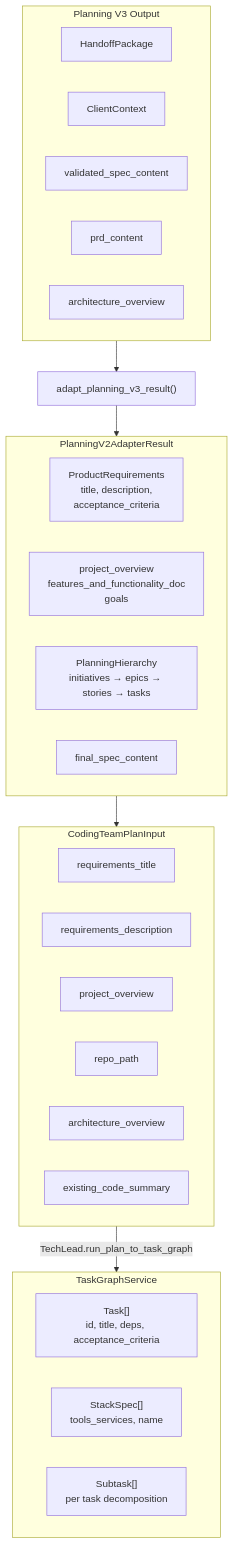
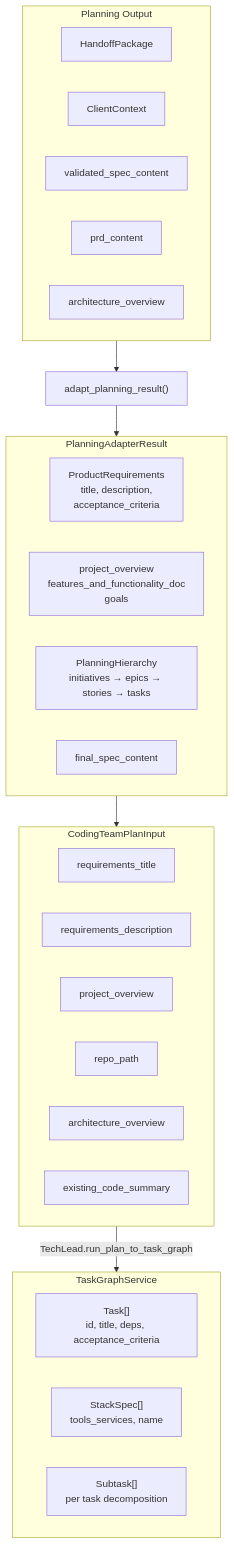
Diagram 11 of 11 in backend/agents/software_engineering_team/system_design/SE_Flow_Charts.md (brandonkindred/Khala-Agentic-AI-Teams), drawn with Mermaid before and after one commit. The commit also changed other lines of this file and 217 other files, not shown here.

````diff
--- a/backend/agents/software_engineering_team/system_design/SE_Flow_Charts.md
+++ b/backend/agents/software_engineering_team/system_design/SE_Flow_Charts.md
@@ -493,39 +487,39 @@
 ```mermaid
 flowchart TD
-    subgraph PV3Output["Planning V3 Output"]
+    subgraph PlanningOutput["Planning Output"]
         HP["HandoffPackage"]
         CC["ClientContext"]
         VS["validated_spec_content"]
         PRD["prd_content"]
         AO["architecture_overview"]
     end
 
-    ADAPT["adapt_planning_v3_result()"]
+    ADAPT["adapt_planning_result()"]
 
-    subgraph AdapterResult["PlanningV2AdapterResult"]
+    subgraph AdapterResult["PlanningAdapterResult"]
         REQ["ProductRequirements\ntitle, description,\nacceptance_criteria"]
         PO["project_overview\nfeatures_and_functionality_doc\ngoals"]
         HIER["PlanningHierarchy\ninitiatives → epics → stories → tasks"]
         SPEC["final_spec_content"]
     end
 
     subgraph CTInput["CodingTeamPlanInput"]
         RT["requirements_title"]
         RD["requirements_description"]
         POV["project_overview"]
         RP["repo_path"]
         AOV["architecture_overview"]
         ECS["existing_code_summary"]
     end
 
     subgraph TaskGraph["TaskGraphService"]
         TG_T["Task[]\nid, title, deps, acceptance_criteria"]
         TG_S["StackSpec[]\ntools_services, name"]
         TG_ST["Subtask[]\nper task decomposition"]
     end
 
-    PV3Output --> ADAPT
+    PlanningOutput --> ADAPT
     ADAPT --> AdapterResult
     AdapterResult --> CTInput
     CTInput -->|TechLead.run_plan_to_task_graph| TaskGraph
 ```
````
